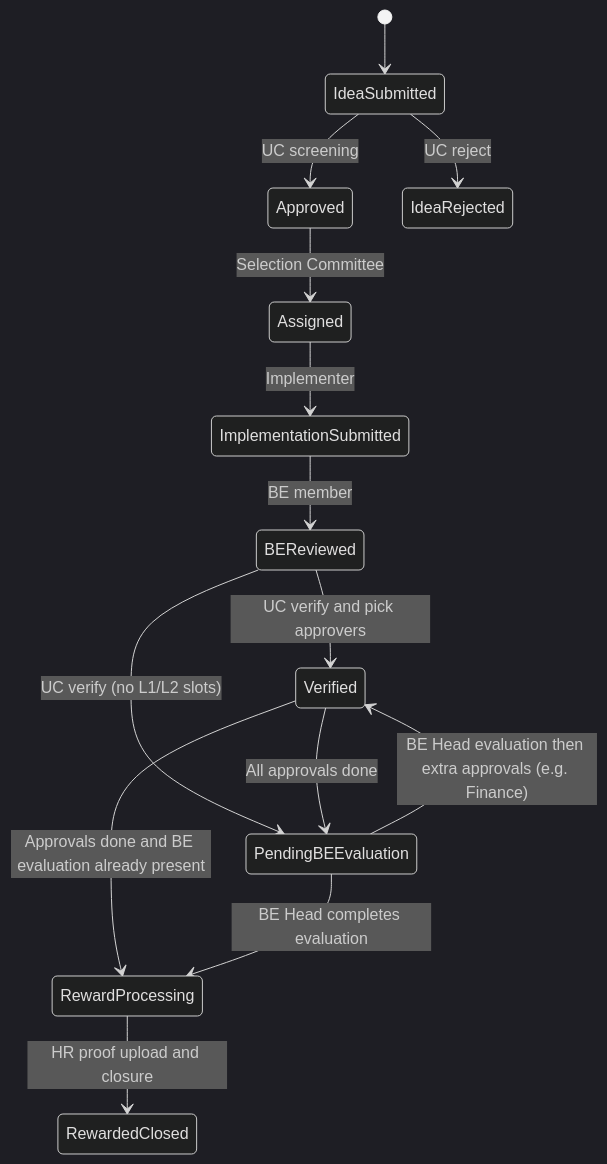
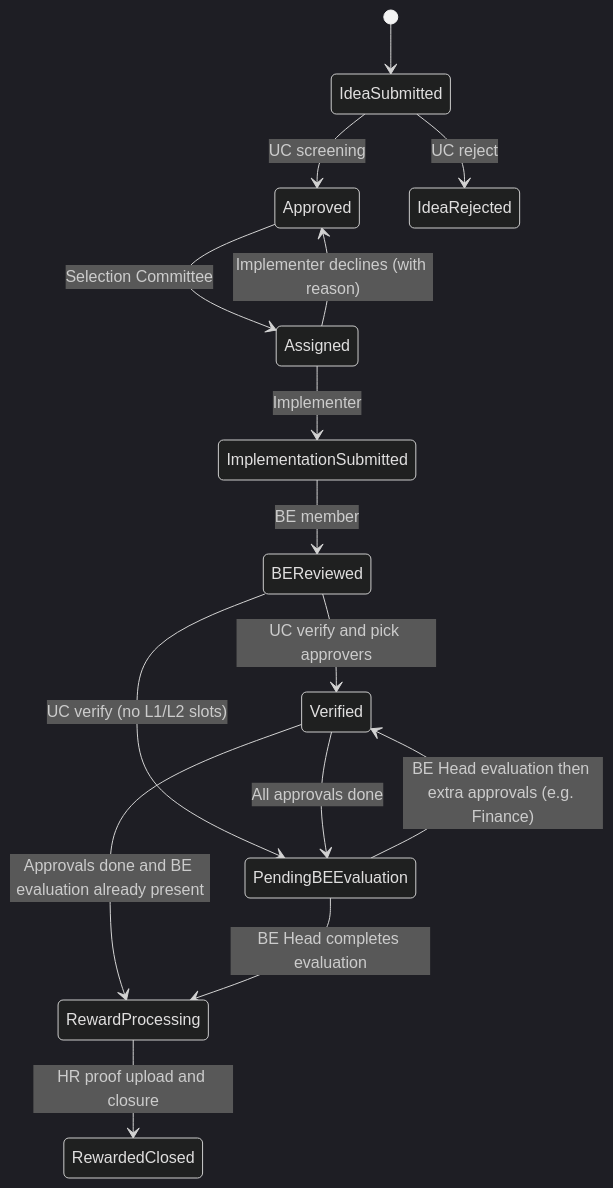
One commit to Kauvery-Hospital/Kaizen_application changed the diagram in docs/workflow.md. Above: the diagram before and after it, drawn with Mermaid (dark theme). The commit also changed other lines of this file and 13 other files, not shown here.

````diff
--- a/docs/workflow.md
+++ b/docs/workflow.md
@@ -26,16 +26,17 @@
 ```mermaid
 stateDiagram-v2
   [*] --> IdeaSubmitted
   IdeaSubmitted --> Approved : UC screening
   IdeaSubmitted --> IdeaRejected : UC reject
   Approved --> Assigned : Selection Committee
+  Assigned --> Approved : Implementer declines (with reason)
   Assigned --> ImplementationSubmitted : Implementer
   ImplementationSubmitted --> BEReviewed : BE member
   BEReviewed --> Verified : UC verify and pick approvers
   BEReviewed --> PendingBEEvaluation : UC verify (no L1/L2 slots)
   Verified --> PendingBEEvaluation : All approvals done
   Verified --> RewardProcessing : Approvals done and BE evaluation already present
   PendingBEEvaluation --> Verified : BE Head evaluation then extra approvals (e.g. Finance)
   PendingBEEvaluation --> RewardProcessing : BE Head completes evaluation
   RewardProcessing --> RewardedClosed : HR proof upload and closure
 ```
````
